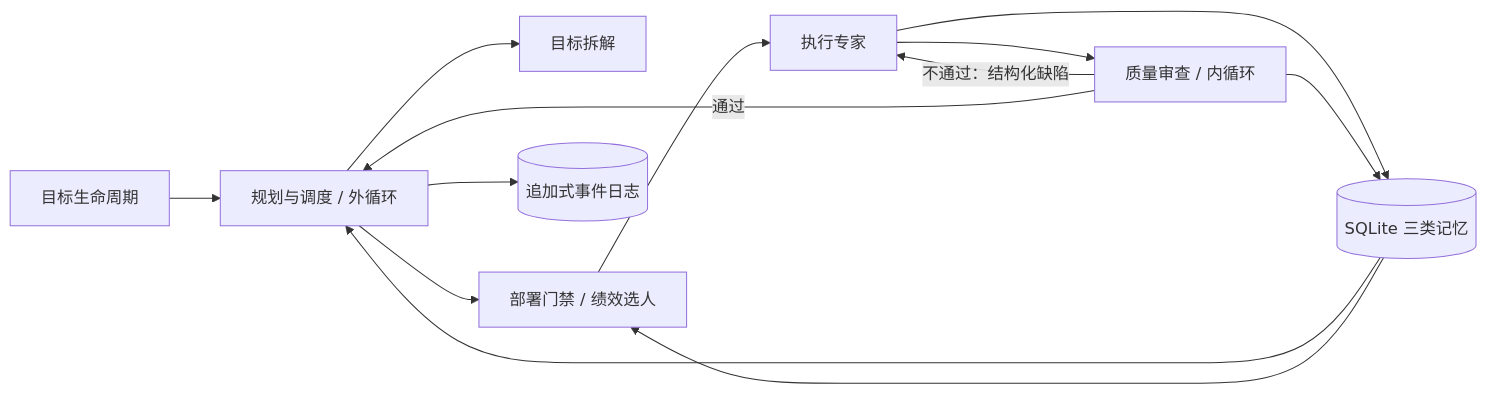
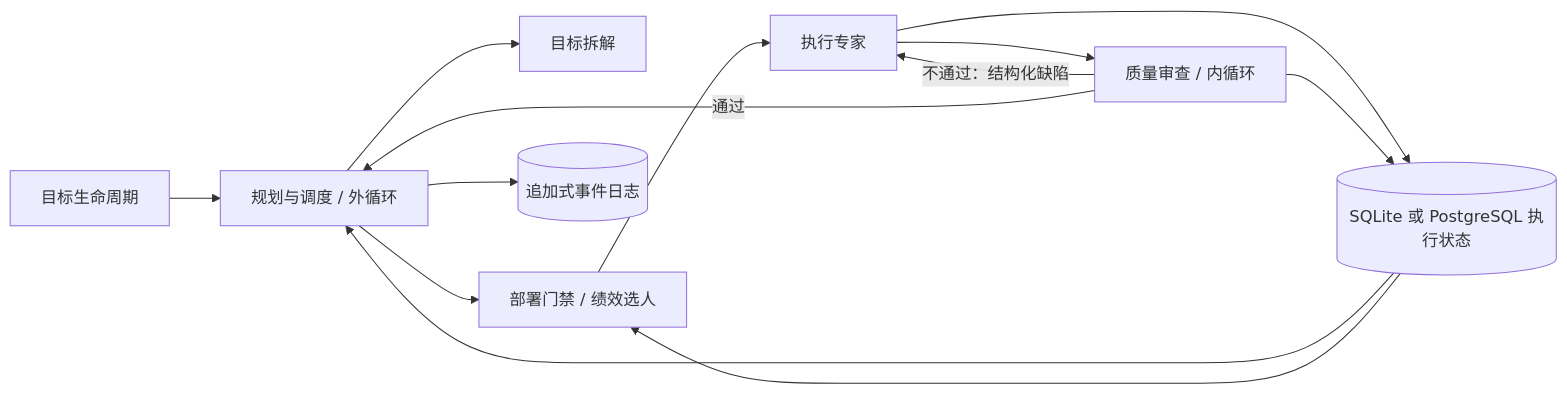
Before and after one commit to woshishadowhunter/agent-society-loop: the diagram in README.zh-CN.md, drawn with Mermaid. The commit also changed other lines of this file and 8 other files, not shown here.

````diff
--- a/README.zh-CN.md
+++ b/README.zh-CN.md
@@ -48,15 +48,15 @@
 ```mermaid
 flowchart LR
     G[目标生命周期] --> O[规划与调度 / 外循环]
     O --> P[目标拆解]
     O --> S[部署门禁 / 绩效选人]
     S --> W[执行专家]
     W --> R[质量审查 / 内循环]
     R -->|不通过：结构化缺陷| W
     R -->|通过| O
-    M[(SQLite 三类记忆)] --> O
+    M[(SQLite 或 PostgreSQL 执行状态)] --> O
     M --> S
     W --> M
     R --> M
     O --> E[(追加式事件日志)]
 ```
````
